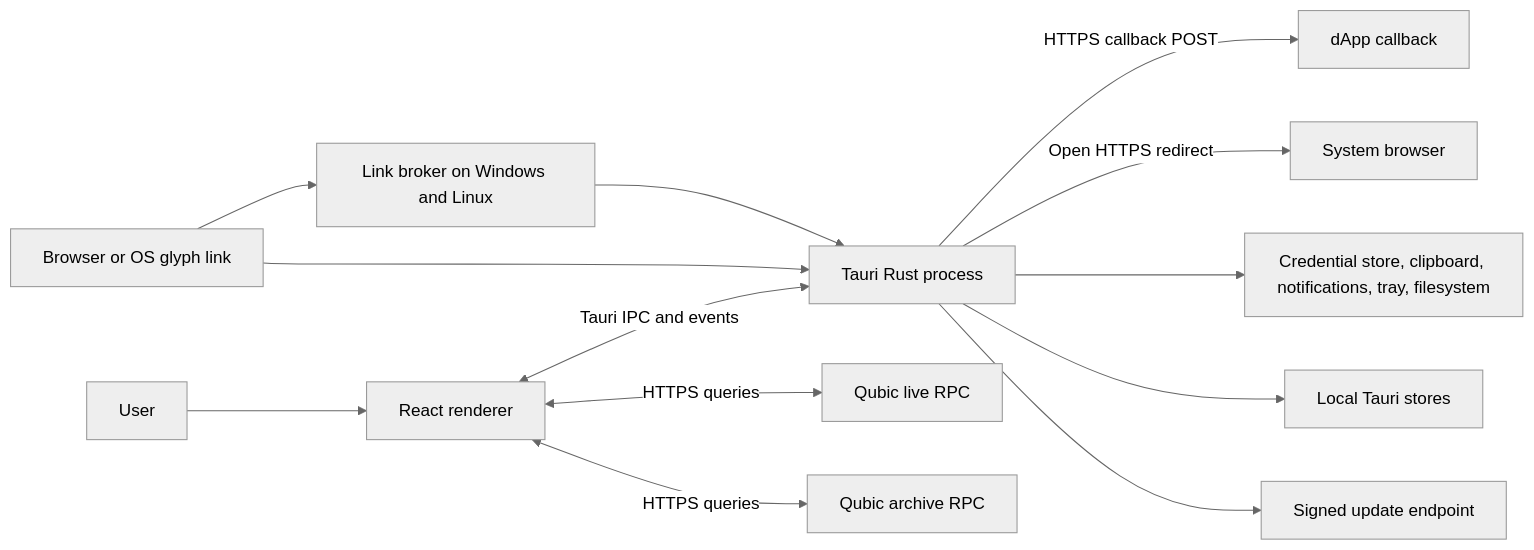
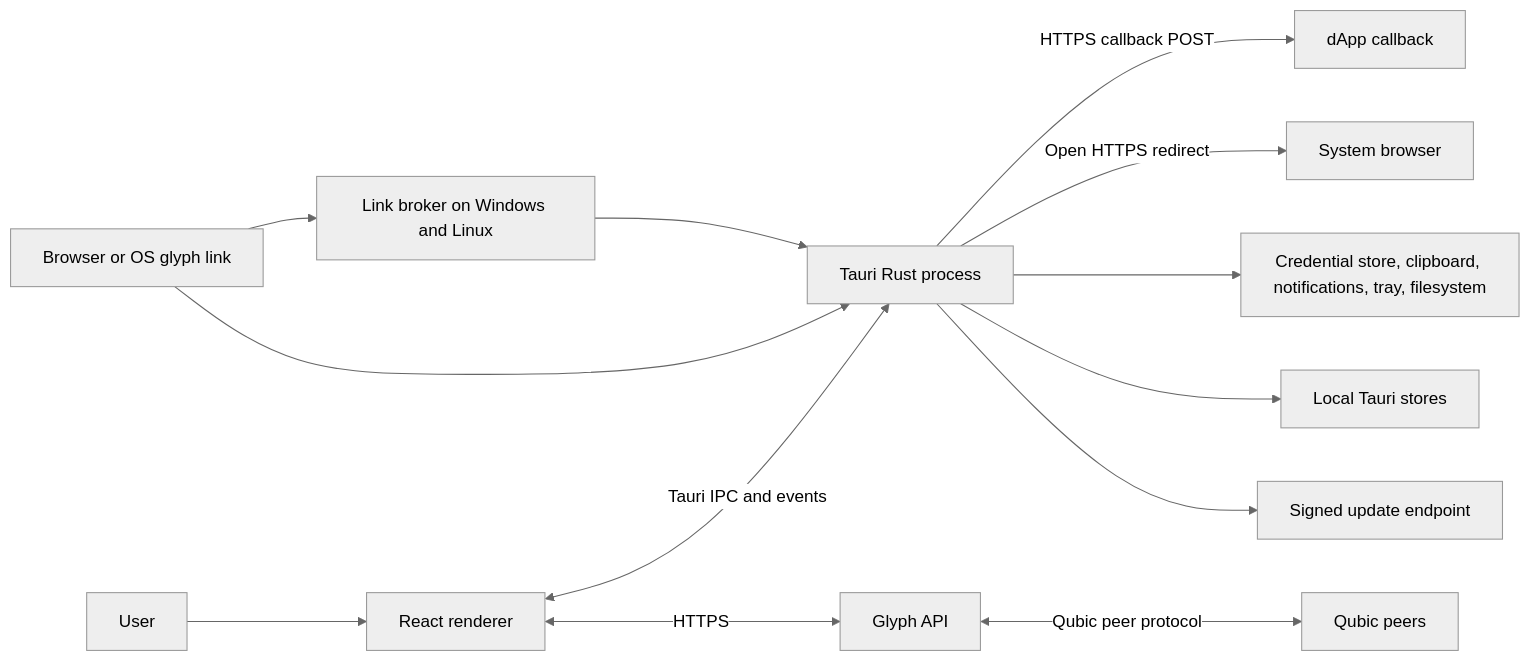
The first of 2 diagrams in docs/ARCHITECTURE.md (glyphq/wallet), drawn with Mermaid (neutral theme) before and after one commit. The commit also changed other lines of this file and 10 other files, not shown here.

First line of the commit message:
docs(api): document Glyph API migration and CSP origin

````diff
--- a/docs/ARCHITECTURE.md
+++ b/docs/ARCHITECTURE.md
@@ -38,15 +38,15 @@
 ```mermaid
 graph LR
     User[User] --> UI[React renderer]
     Link[Browser or OS glyph link] --> Broker[Link broker on Windows and Linux]
     Broker --> Native[Tauri Rust process]
     Link --> Native
     UI <-->|Tauri IPC and events| Native
-    UI <-->|HTTPS queries| LiveRPC[Qubic live RPC]
-    UI <-->|HTTPS queries| ArchiveRPC[Qubic archive RPC]
+    UI <-->|HTTPS| API[Glyph API]
+    API <-->|Qubic peer protocol| Peers[Qubic peers]
     Native -->|HTTPS callback POST| DApp[dApp callback]
     Native -->|Open HTTPS redirect| Browser[System browser]
     Native --> OS[Credential store, clipboard, notifications, tray, filesystem]
     Native --> Store[Local Tauri stores]
     Native --> Updater[Signed update endpoint]
 ```
````
